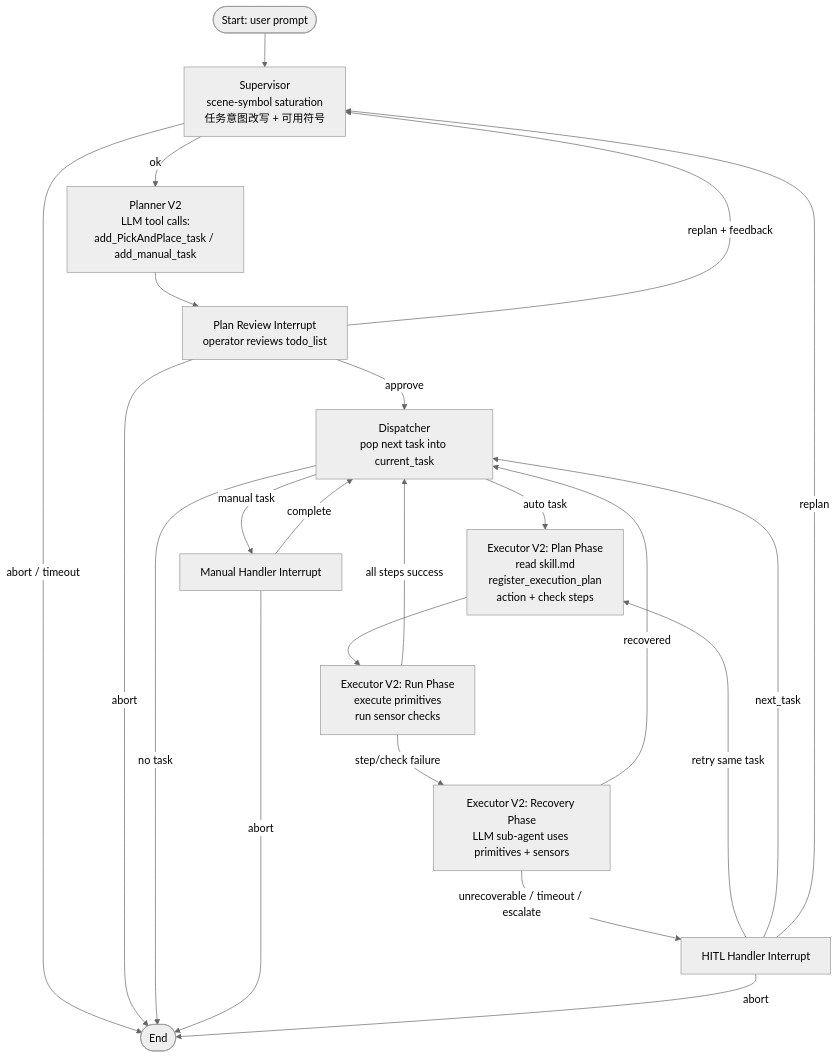
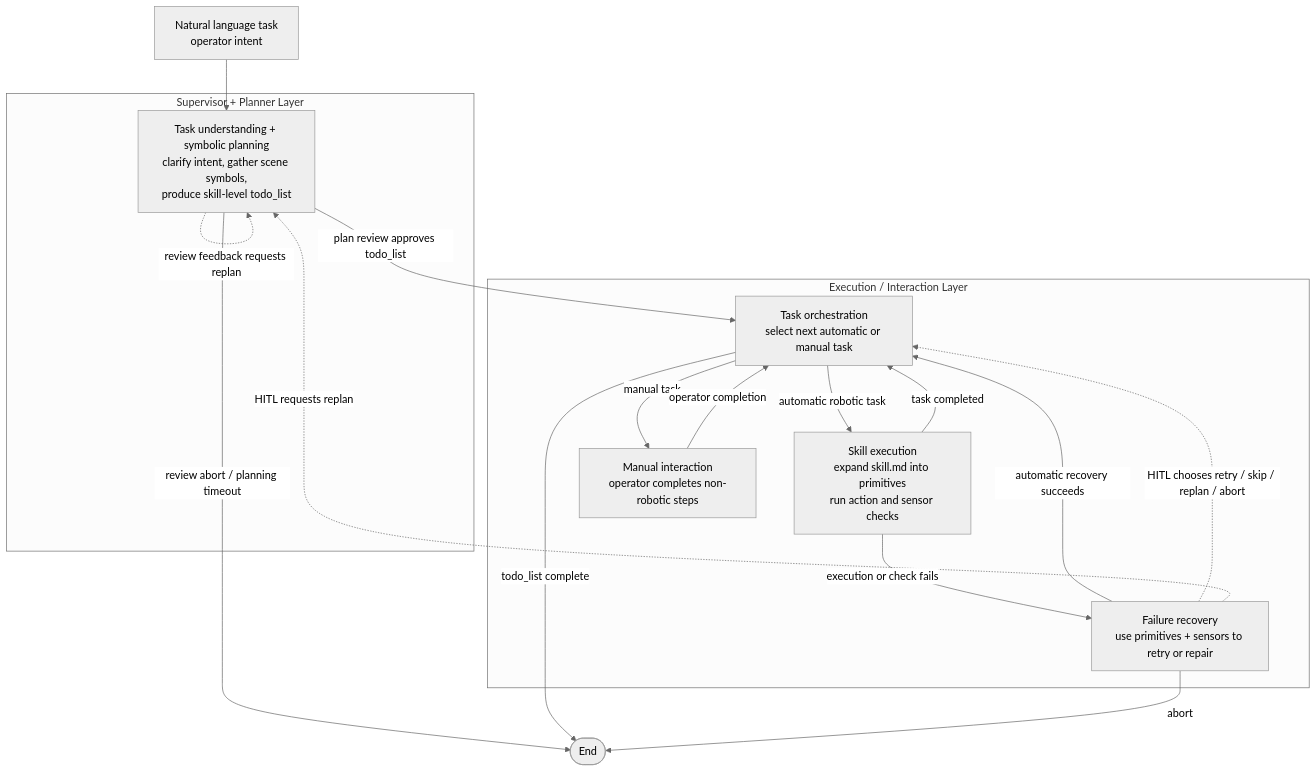
One commit to SniperPigeon/RoboSkiAgent changed the second of 4 diagrams in PROJECT_MERMAID_SUMMARY.md. Above: the diagram before and after it, drawn with Mermaid (neutral theme). The commit also changed other lines of this file, not shown here.

````diff
--- a/PROJECT_MERMAID_SUMMARY.md
+++ b/PROJECT_MERMAID_SUMMARY.md
@@ -91,32 +46,32 @@
 ```mermaid
 flowchart TD
-    Start([Start: user prompt]) --> Supervisor["Supervisor<br/>scene-symbol saturation<br/>任务意图改写 + 可用符号"]
+    Start["Natural language task<br/>operator intent"] --> Planning
 
-    Supervisor -->|"ok"| Planner["Planner V2<br/>LLM tool calls:<br/>add_PickAndPlace_task / add_manual_task"]
-    Supervisor -->|"abort / timeout"| End([End])
+    subgraph PlanLayer["Supervisor + Planner Layer"]
+        Planning["Task understanding + symbolic planning<br/>clarify intent, gather scene symbols,<br/>produce skill-level todo_list"]
+    end
 
-    Planner --> PlanReview["Plan Review Interrupt<br/>operator reviews todo_list"]
+    subgraph ExecLayer["Execution / Interaction Layer"]
+        Dispatch["Task orchestration<br/>select next automatic or manual task"]
+        Execute["Skill execution<br/>expand skill.md into primitives<br/>run action and sensor checks"]
+        Recover["Failure recovery<br/>use primitives + sensors to retry or repair"]
+        Manual["Manual interaction<br/>operator completes non-robotic steps"]
+    end
 
-    PlanReview -->|"approve"| Dispatcher["Dispatcher<br/>pop next task into current_task"]
-    PlanReview -->|"replan + feedback"| Supervisor
-    PlanReview -->|"abort"| End
+    Planning -->|"plan review approves todo_list"| Dispatch
+    Planning -.->|"review feedback requests replan"| Planning
+    Planning -->|"review abort / planning timeout"| End([End])
 
-    Dispatcher -->|"auto task"| ExecutorPlan["Executor V2: Plan Phase<br/>read skill.md<br/>register_execution_plan<br/>action + check steps"]
-    Dispatcher -->|"manual task"| Manual["Manual Handler Interrupt"]
-    Dispatcher -->|"no task"| End
+    Dispatch -->|"automatic robotic task"| Execute
+    Dispatch -->|"manual task"| Manual
+    Dispatch -->|"todo_list complete"| End
 
-    Manual -->|"complete"| Dispatcher
-    Manual -->|"abort"| End
+    Execute -->|"task completed"| Dispatch
+    Execute -->|"execution or check fails"| Recover
+    Manual -->|"operator completion"| Dispatch
 
-    ExecutorPlan --> ExecutorRun["Executor V2: Run Phase<br/>execute primitives<br/>run sensor checks"]
-    ExecutorRun -->|"all steps success"| Dispatcher
-
-    ExecutorRun -->|"step/check failure"| Recovery["Executor V2: Recovery Phase<br/>LLM sub-agent uses primitives + sensors"]
-    Recovery -->|"recovered"| Dispatcher
-    Recovery -->|"unrecoverable / timeout / escalate"| HITL["HITL Handler Interrupt"]
-
-    HITL -->|"retry same task"| ExecutorPlan
-    HITL -->|"next_task"| Dispatcher
-    HITL -->|"replan"| Supervisor
-    HITL -->|"abort"| End
+    Recover -->|"automatic recovery succeeds"| Dispatch
+    Recover -.->|"HITL chooses retry / skip / replan / abort"| Dispatch
+    Recover -.->|"HITL requests replan"| Planning
+    Recover -->|"abort"| End
 ```
````
